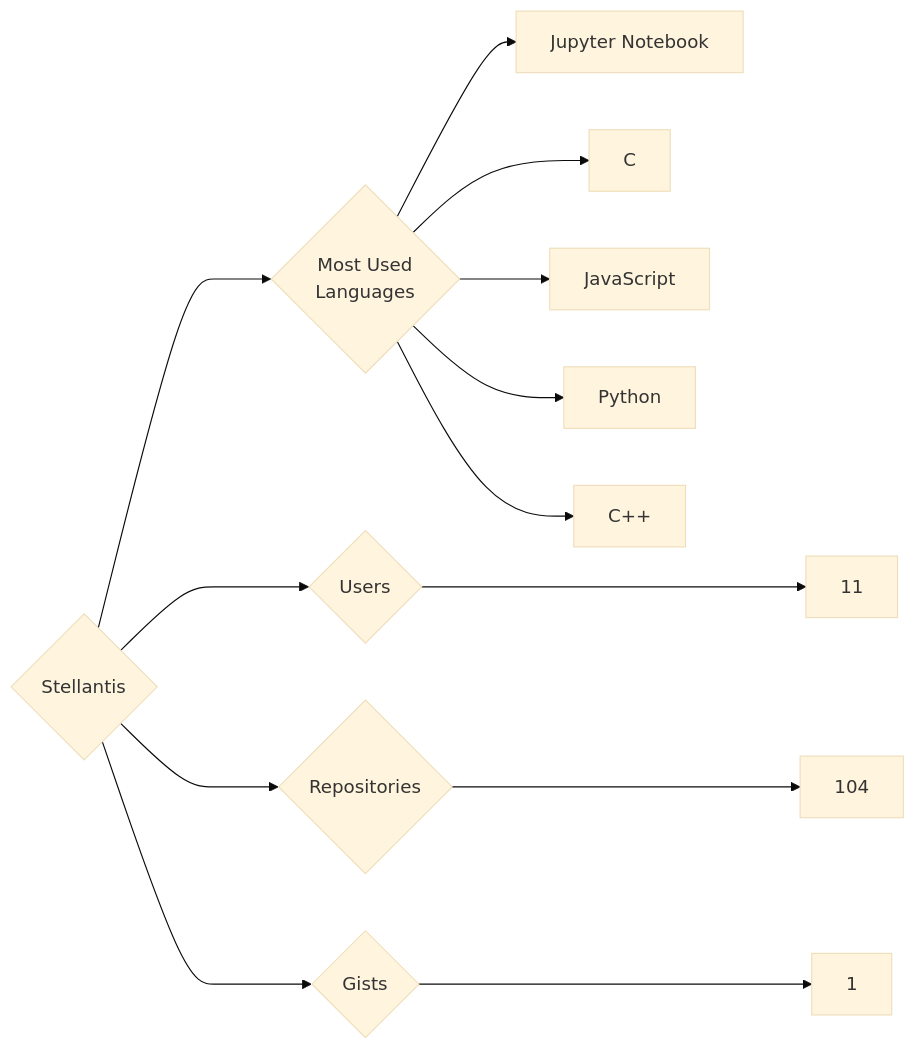
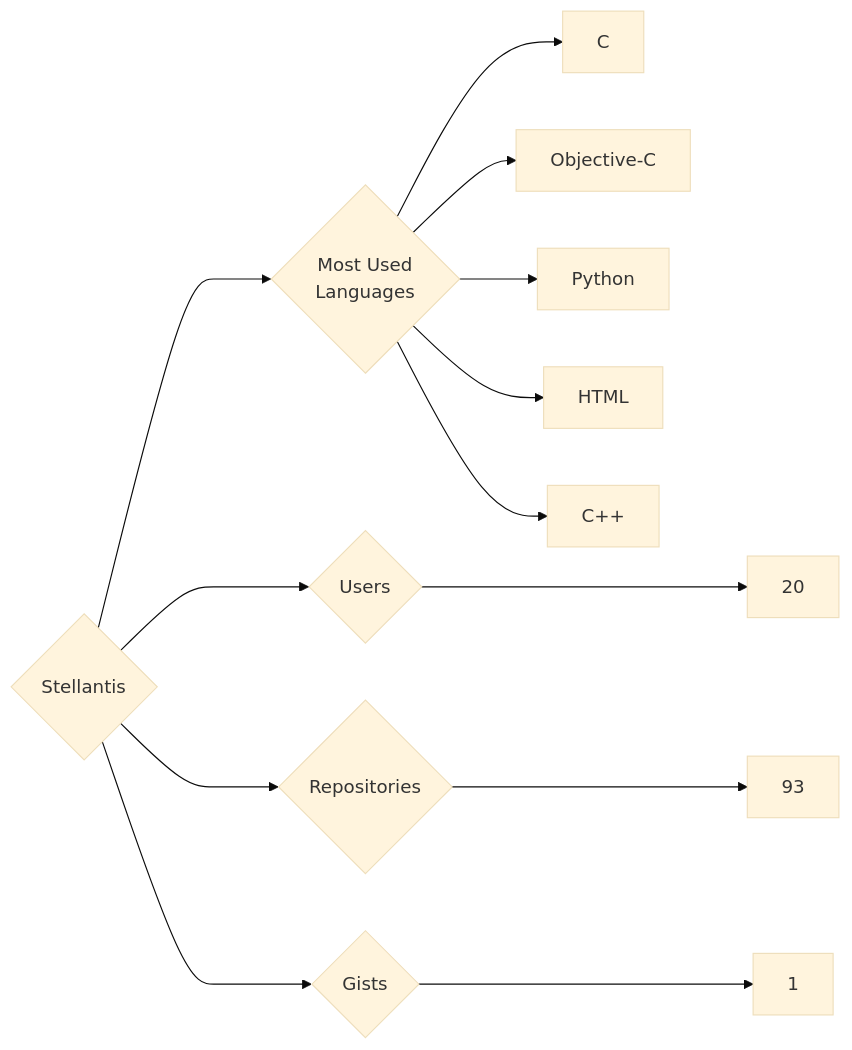
Before and after one commit to trickest/insiders: the diagram in targets/Stellantis/README.md, drawn with Mermaid (base theme). The commit also changed 748 other files, not shown here.

````diff
--- a/targets/Stellantis/README.md
+++ b/targets/Stellantis/README.md
@@ -3,13 +3,13 @@
 ```mermaid
 graph LR
 COMPANY_NAME{Stellantis}
-COMPANY_NAME ---> U{Users} ---> UN[11]
-COMPANY_NAME ---> R{Repositories} ---> RN[104]
+COMPANY_NAME ---> U{Users} ---> UN[20]
+COMPANY_NAME ---> R{Repositories} ---> RN[93]
 COMPANY_NAME ---> G{Gists} ---> GN[1]
 COMPANY_NAME ---> ML{Most Used<br>Languages}
-ML --> Jupyter_Notebook[Jupyter Notebook]
 ML --> C[C]
-ML --> JavaScript[JavaScript]
+ML --> Objective-C[Objective-C]
 ML --> Python[Python]
+ML --> HTML[HTML]
 ML --> C++[C++]
 ```
````
